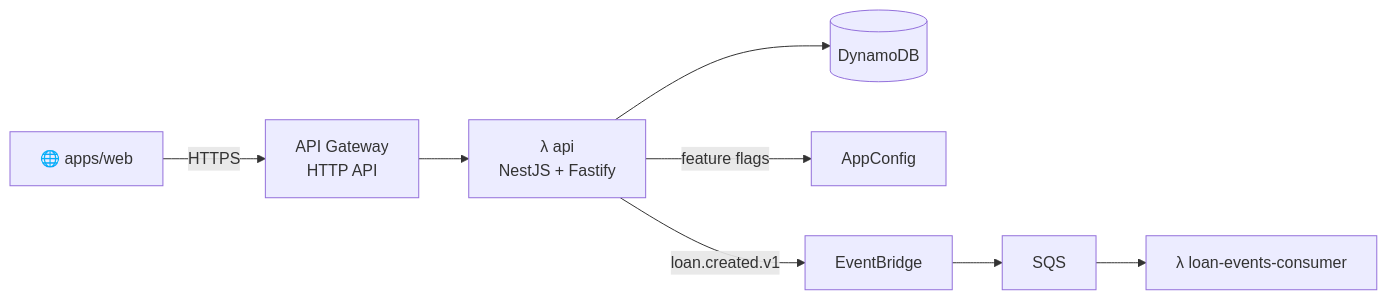
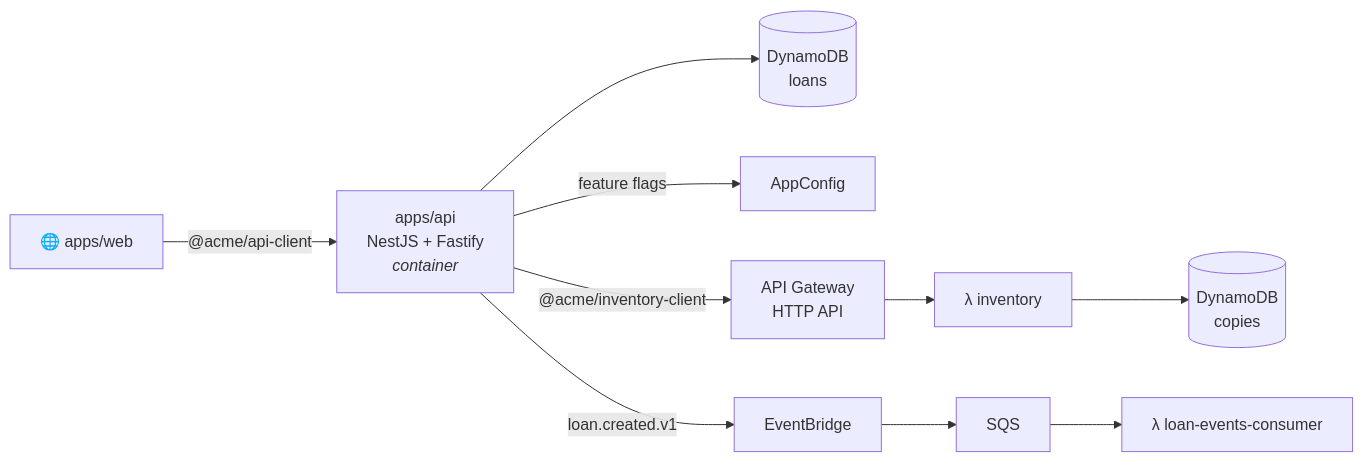
One commit to M4ciel/contract-first-poc changed the second of 6 diagrams in README.md. Above: the diagram before and after it, drawn with Mermaid. The commit also changed other lines of this file, not shown here.

Commit message:
docs(readme): show the inventory lambda service in the architecture

````diff
--- a/README.md
+++ b/README.md
@@ -87,9 +96,11 @@
 ```mermaid
 flowchart LR
-  W["🌐 apps/web"] -->|HTTPS| GW["API Gateway<br/>HTTP API"]
-  GW --> L1["λ api<br/>NestJS + Fastify"]
-  L1 --> DDB[("DynamoDB")]
-  L1 -->|feature flags| CFG["AppConfig"]
-  L1 -->|loan.created.v1| EB["EventBridge"]
-  EB --> Q["SQS"] --> L2["λ loan-events-consumer"]
+  WEB["🌐 apps/web"] -->|"@acme/api-client"| API["apps/api<br/>NestJS + Fastify<br/><i>container</i>"]
+  API --> DDB1[("DynamoDB<br/>loans")]
+  API -->|feature flags| CFG["AppConfig"]
+  API -->|"@acme/inventory-client"| GW["API Gateway<br/>HTTP API"]
+  GW --> INV["λ inventory"]
+  INV --> DDB2[("DynamoDB<br/>copies")]
+  API -->|loan.created.v1| EB["EventBridge"]
+  EB --> Q["SQS"] --> CON["λ loan-events-consumer"]
 ```
````
